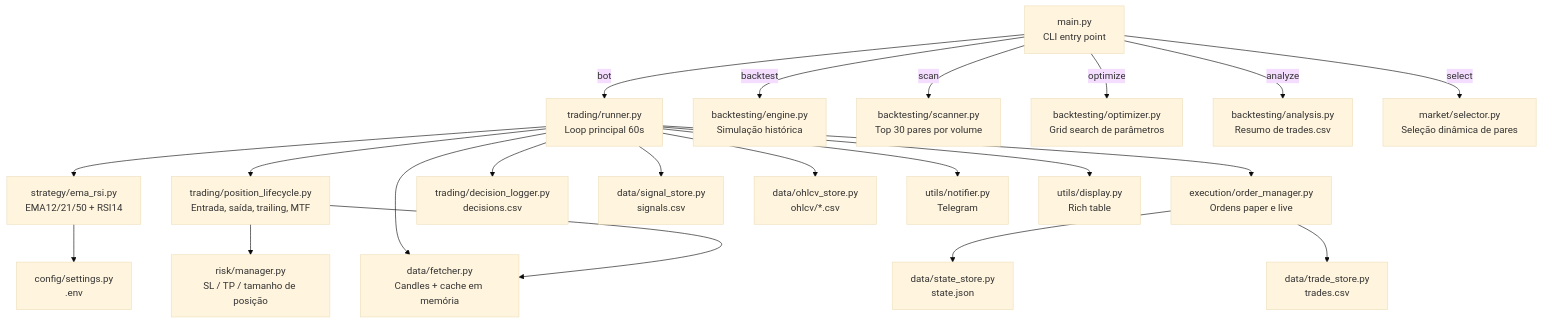
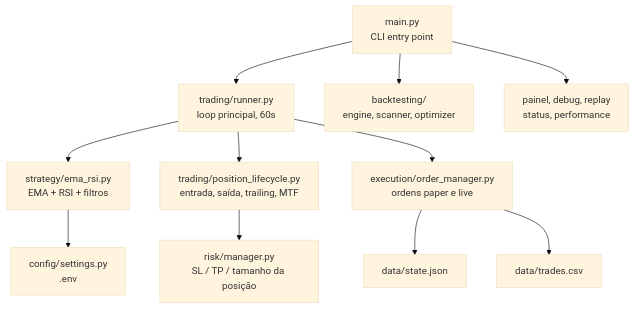
One commit to fisaarpelesjo/nautilus changed the diagram in README.md. Above: the diagram before and after it, drawn with Mermaid (base theme). The commit also changed other lines of this file, not shown here.

First line of the commit message:
docs: reescreve README como porta de entrada para docs/

````diff
--- a/README.md
+++ b/README.md
@@ -31,30 +29,17 @@
 ```mermaid
 graph TD
-    CLI["main.py\nCLI entry point"]
+    CLI["main.py<br/>CLI entry point"]
+    CLI --> Runner["trading/runner.py<br/>loop principal, 60s"]
+    CLI --> Backtest["backtesting/<br/>engine, scanner, optimizer"]
+    CLI --> Obs["painel, debug, replay<br/>status, performance"]
 
-    CLI -->|bot| Runner["trading/runner.py\nLoop principal 60s"]
-    CLI -->|backtest| Engine["backtesting/engine.py\nSimulação histórica"]
-    CLI -->|scan| Scanner["backtesting/scanner.py\nTop 30 pares por volume"]
-    CLI -->|optimize| Optimizer["backtesting/optimizer.py\nGrid search de parâmetros"]
-    CLI -->|analyze| Analysis["backtesting/analysis.py\nResumo de trades.csv"]
-    CLI -->|select| Selector["market/selector.py\nSeleção dinâmica de pares"]
+    Runner --> Strategy["strategy/ema_rsi.py<br/>EMA + RSI + filtros"]
+    Runner --> Lifecycle["trading/position_lifecycle.py<br/>entrada, saída, trailing, MTF"]
+    Runner --> OrderMgr["execution/order_manager.py<br/>ordens paper e live"]
 
-    Runner --> Strategy["strategy/ema_rsi.py\nEMA12/21/50 + RSI14"]
-    Runner --> Lifecycle["trading/position_lifecycle.py\nEntrada, saída, trailing, MTF"]
-    Runner --> OrderMgr["execution/order_manager.py\nOrdens paper e live"]
-    Runner --> Fetcher["data/fetcher.py\nCandles + cache em memória"]
+    Lifecycle --> RiskMgr["risk/manager.py<br/>SL / TP / tamanho da posição"]
+    OrderMgr --> StateStore["data/state.json"]
+    OrderMgr --> TradeStore["data/trades.csv"]
 
-    Lifecycle --> RiskMgr["risk/manager.py\nSL / TP / tamanho de posição"]
-    Lifecycle --> Fetcher
-
-    OrderMgr --> StateStore["data/state_store.py\nstate.json"]
-    OrderMgr --> TradeStore["data/trade_store.py\ntrades.csv"]
-
-    Runner --> DecLog["trading/decision_logger.py\ndecisions.csv"]
-    Runner --> SigStore["data/signal_store.py\nsignals.csv"]
-    Runner --> OHLCVStore["data/ohlcv_store.py\nohlcv/*.csv"]
-
-    Strategy --> Settings["config/settings.py\n.env"]
-    Runner --> Notifier["utils/notifier.py\nTelegram"]
-    Runner --> Display["utils/display.py\nRich table"]
+    Strategy --> Settings["config/settings.py<br/>.env"]
 ```
````
